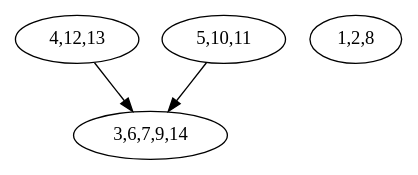
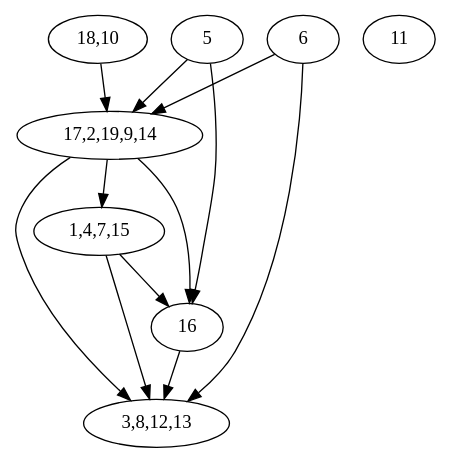
One commit to underbreathing/graph_generator_fqw changed the diagram in graph.dot. Above: the diagram before and after it, drawn with Graphviz. The commit also changed 11 other files, not shown here.

```diff
--- a/graph.dot
+++ b/graph.dot
@@ -1,8 +1,21 @@
 digraph G {
-"3,6,7,9,14";
-"4,12,13";
-"1,2,8";
-"5,10,11";
-"4,12,13" -> "3,6,7,9,14";
-"5,10,11" -> "3,6,7,9,14";
+"3,8,12,13";
+"16";
+"1,4,7,15";
+"17,2,19,9,14";
+"18,10";
+"11";
+"5";
+"6";
+"16" -> "3,8,12,13";
+"1,4,7,15" -> "3,8,12,13";
+"1,4,7,15" -> "16";
+"17,2,19,9,14" -> "3,8,12,13";
+"17,2,19,9,14" -> "16";
+"17,2,19,9,14" -> "1,4,7,15";
+"18,10" -> "17,2,19,9,14";
+"5" -> "16";
+"5" -> "17,2,19,9,14";
+"6" -> "3,8,12,13";
+"6" -> "17,2,19,9,14";
 }
```
